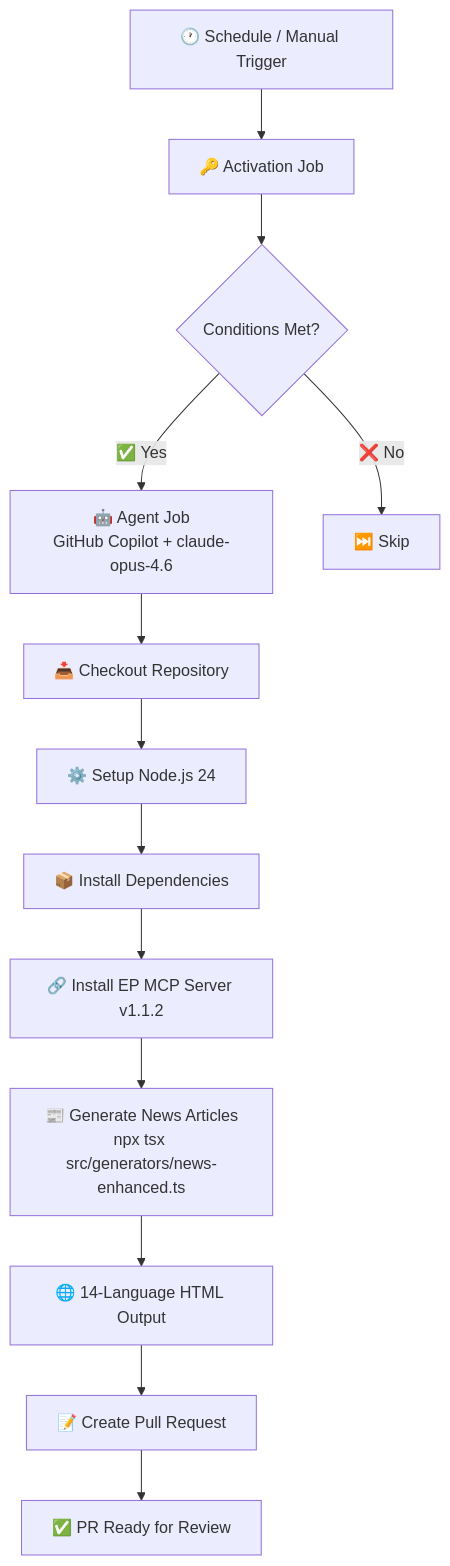
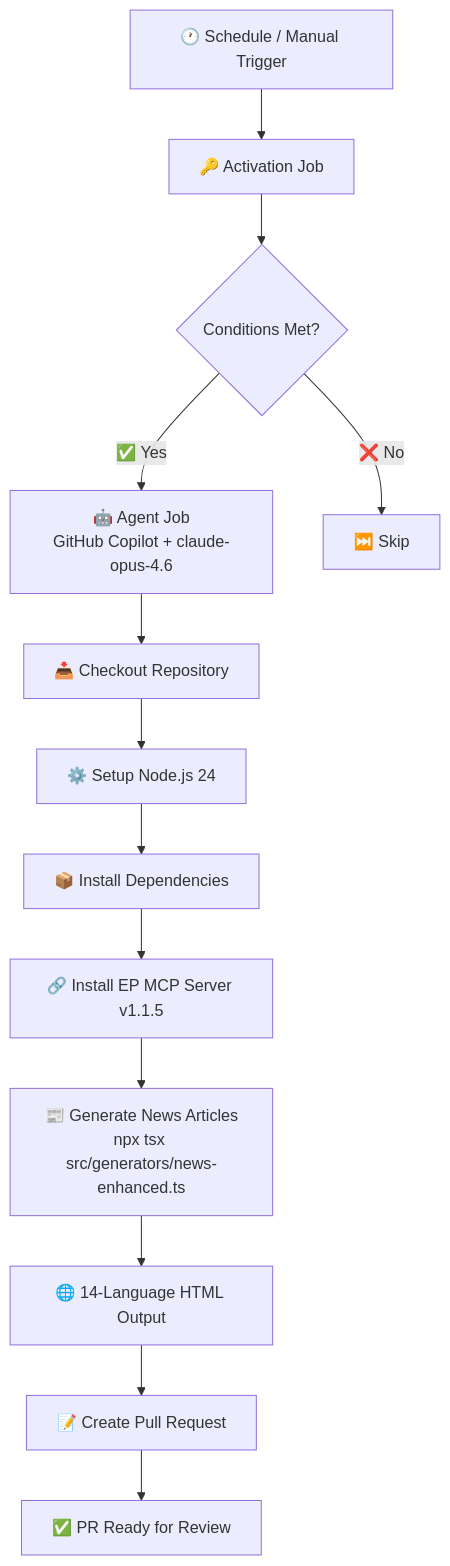
Before and after one commit to Hack23/euparliamentmonitor: the first of 13 diagrams in WORKFLOWS.md, drawn with Mermaid. The commit also changed 1 other file, not shown here.

Commit message:
Update FUTURE_WORKFLOWS.md v3.0: mark completed items, fix version refs to 1.1.5

````diff
--- a/WORKFLOWS.md
+++ b/WORKFLOWS.md
@@ -114,15 +114,15 @@
 ```mermaid
 graph TD
     A[🕐 Schedule / Manual Trigger] --> B[🔑 Activation Job]
     B --> C{Conditions Met?}
     C -->|✅ Yes| D[🤖 Agent Job<br/>GitHub Copilot + claude-opus-4.6]
     C -->|❌ No| E[⏭️ Skip]
     D --> F[📥 Checkout Repository]
     F --> G[⚙️ Setup Node.js 24]
     G --> H[📦 Install Dependencies]
-    H --> I[🔗 Install EP MCP Server v1.1.2]
+    H --> I[🔗 Install EP MCP Server v1.1.5]
     I --> J[📰 Generate News Articles<br/>npx tsx src/generators/news-enhanced.ts]
     J --> K[🌐 14-Language HTML Output]
     K --> L[📝 Create Pull Request]
     L --> M[✅ PR Ready for Review]
 ```
````
